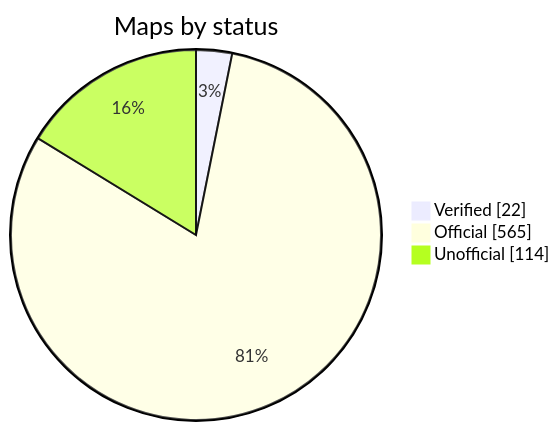
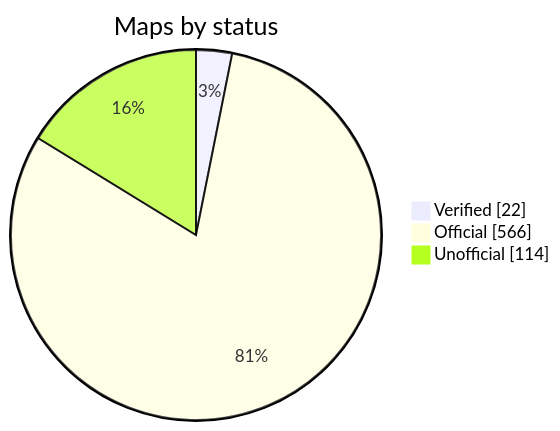
One commit to nobrega8/mbmap-library changed the diagram in README.md. Above: the diagram before and after it, drawn with Mermaid. The commit also changed 6 other files, not shown here.

````diff
--- a/README.md
+++ b/README.md
@@ -52,7 +52,7 @@
 ```mermaid
 pie showData
     title Maps by status
     "Verified" : 22
-    "Official" : 565
+    "Official" : 566
     "Unofficial" : 114
 ```
````
